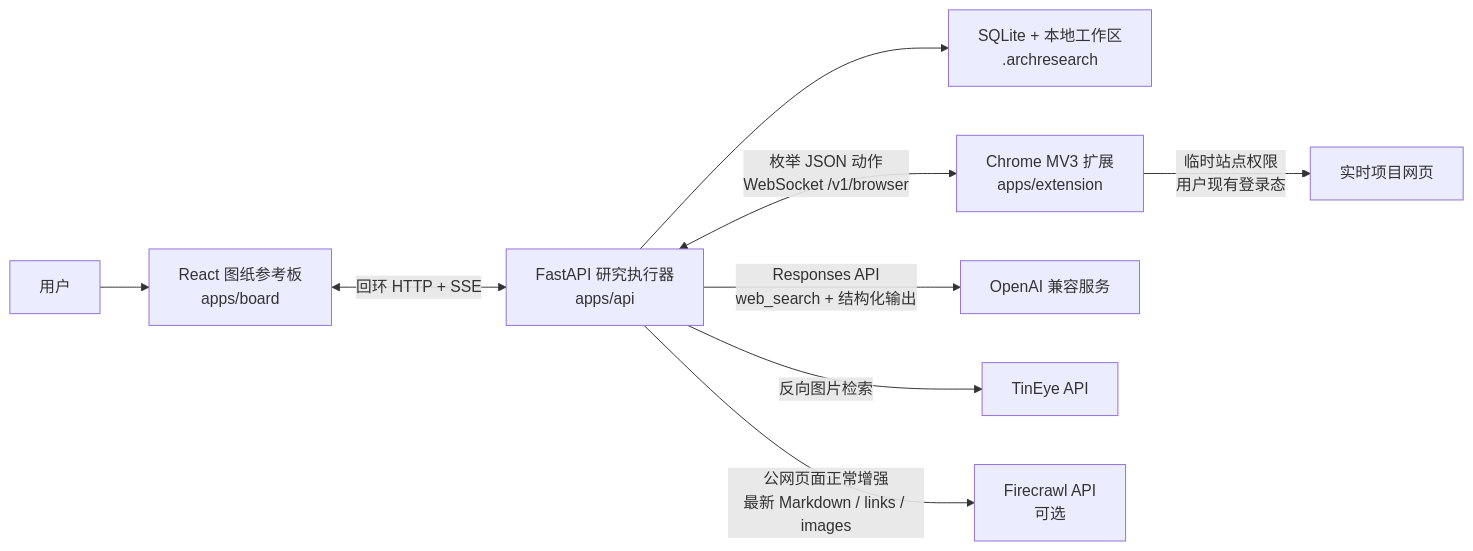
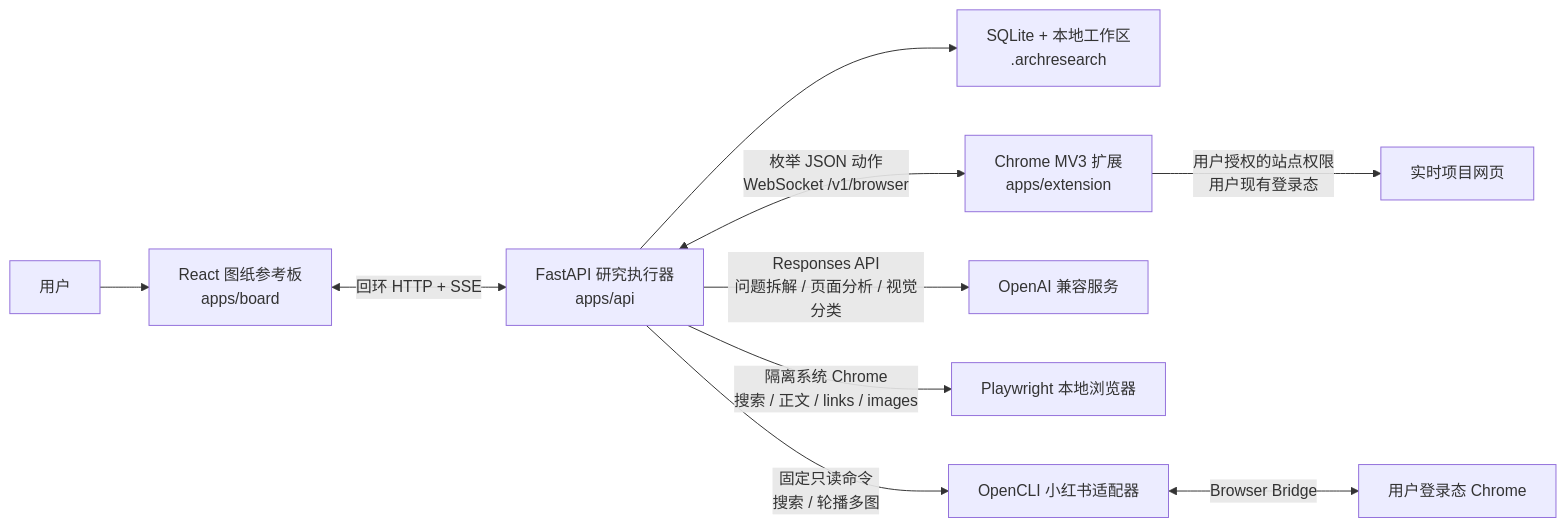
The first of 3 diagrams in docs/architecture.md (jileyu2000/archresearch), drawn with Mermaid before and after one commit. The commit also changed other lines of this file and 111 other files, not shown here.

````diff
--- a/docs/architecture.md
+++ b/docs/architecture.md
@@ -11,11 +11,12 @@
 ```mermaid
 flowchart LR
     U["用户"] --> B["React 图纸参考板<br/>apps/board"]
     B <-->|"回环 HTTP + SSE"| A["FastAPI 研究执行器<br/>apps/api"]
     A --> D["SQLite + 本地工作区<br/>.archresearch"]
     A <-->|"枚举 JSON 动作<br/>WebSocket /v1/browser"| E["Chrome MV3 扩展<br/>apps/extension"]
-    E -->|"临时站点权限<br/>用户现有登录态"| W["实时项目网页"]
-    A -->|"Responses API<br/>web_search + 结构化输出"| O["OpenAI 兼容服务"]
-    A -->|"反向图片检索"| T["TinEye API"]
-    A -->|"公网页面正常增强<br/>最新 Markdown / links / images"| F["Firecrawl API<br/>可选"]
+    E -->|"用户授权的站点权限<br/>用户现有登录态"| W["实时项目网页"]
+    A -->|"Responses API<br/>问题拆解 / 页面分析 / 视觉分类"| O["OpenAI 兼容服务"]
+    A -->|"隔离系统 Chrome<br/>搜索 / 正文 / links / images"| P["Playwright 本地浏览器"]
+    A -->|"固定只读命令<br/>搜索 / 轮播多图"| X["OpenCLI 小红书适配器"]
+    X <-->|"Browser Bridge"| C["用户登录态 Chrome"]
 ```
````
